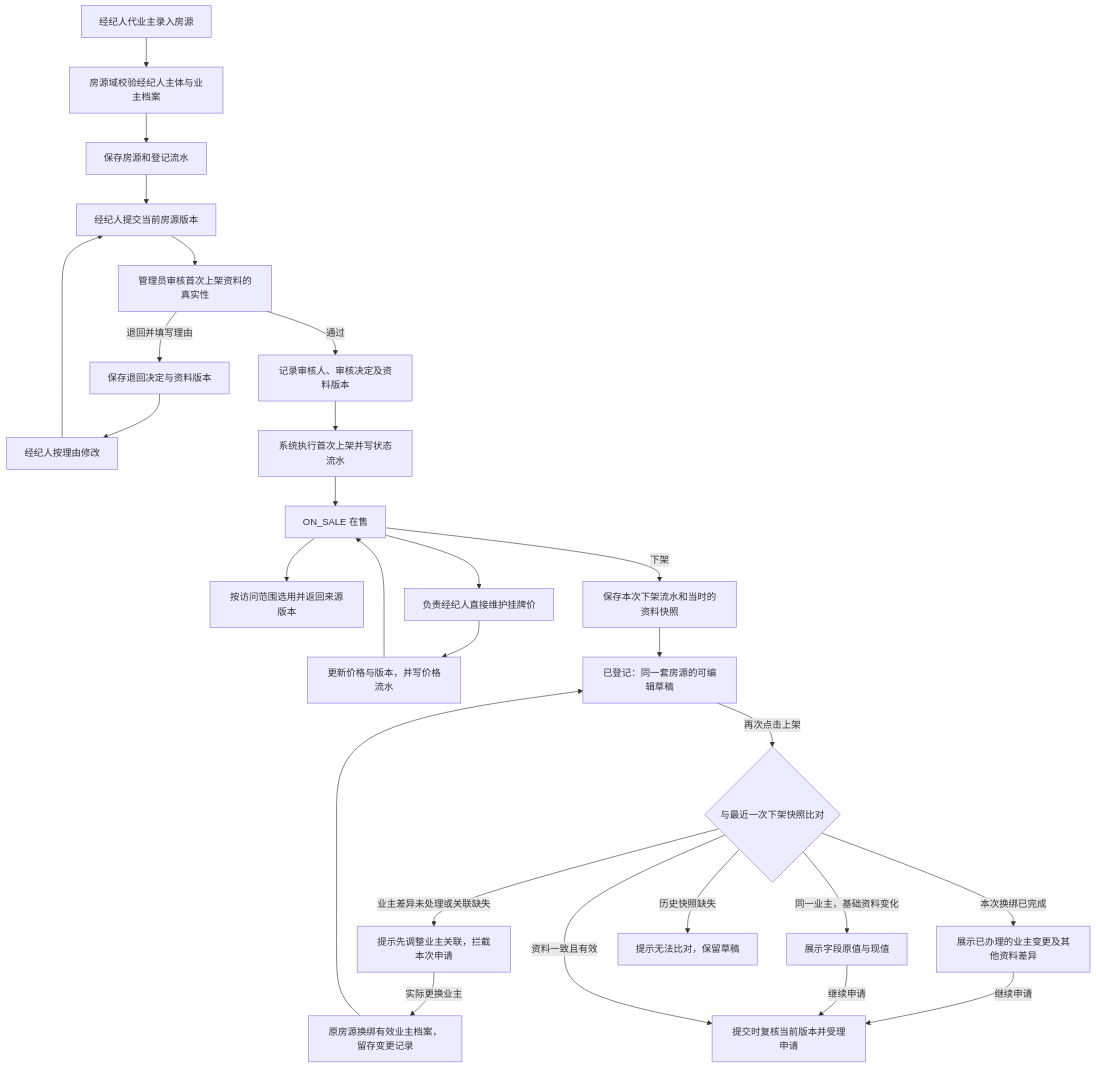
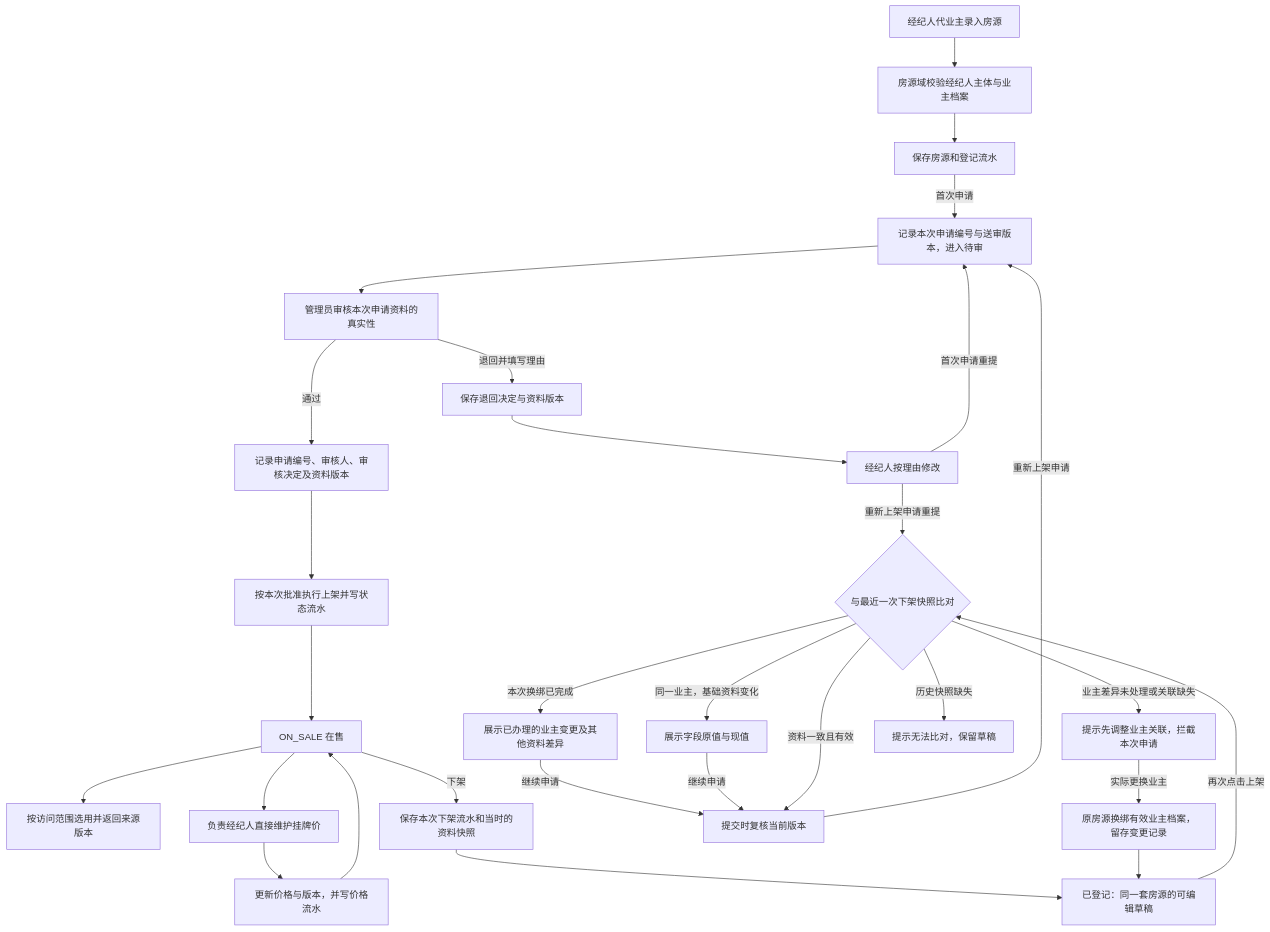
The second of 4 diagrams in openspec/changes/align-listing-marketing-workflows/dataflow.md (crj-tik/BkAnentProject), drawn with Mermaid before and after one commit. The commit also changed other lines of this file and 6 other files, not shown here.

````diff
--- a/openspec/changes/align-listing-marketing-workflows/dataflow.md
+++ b/openspec/changes/align-listing-marketing-workflows/dataflow.md
@@ -32,29 +32,31 @@
 ```mermaid
 flowchart TD
     Create[经纪人代业主录入房源] --> Owner[房源域校验经纪人主体与业主档案]
     Owner --> Save[保存房源和登记流水]
-    Save --> Submit[经纪人提交当前房源版本]
-    Submit --> Review[管理员审核首次上架资料的真实性]
+    Save -->|首次申请| Submit[记录本次申请编号与送审版本，进入待审]
+    Submit --> Review[管理员审核本次申请资料的真实性]
     Review -->|退回并填写理由| Return[保存退回决定与资料版本]
     Return --> Edit[经纪人按理由修改]
-    Edit --> Submit
-    Review -->|通过| Approve[记录审核人、审核决定及资料版本]
-    Approve --> MarkLive[系统执行首次上架并写状态流水]
+    Edit -->|首次申请重提| Submit
+    Edit -->|重新上架申请重提| Compare
+    Review -->|通过| Approve[记录申请编号、审核人、审核决定及资料版本]
+    Approve --> MarkLive[按本次批准执行上架并写状态流水]
     MarkLive --> Active[ON_SALE 在售]
     Active --> Select[按访问范围选用并返回来源版本]
     Active --> Adjust[负责经纪人直接维护挂牌价]
     Adjust --> Commit[更新价格与版本，并写价格流水]
     Commit --> Active
     Active -->|下架| Delist[保存本次下架流水和当时的资料快照]
     Delist --> Registered[已登记：同一套房源的可编辑草稿]
     Registered -->|再次点击上架| Compare{与最近一次下架快照比对}
     Compare -->|业主差异未处理或关联缺失| FixOwner[提示先调整业主关联，拦截本次申请]
     FixOwner -->|实际更换业主| Rebind[原房源换绑有效业主档案，留存变更记录]
     Rebind --> Registered
     Compare -->|本次换绑已完成| OwnerChanged[展示已办理的业主变更及其他资料差异]
     OwnerChanged -->|继续申请| Apply
     Compare -->|同一业主，基础资料变化| Changes[展示字段原值与现值]
-    Changes -->|继续申请| Apply[提交时复核当前版本并受理申请]
+    Changes -->|继续申请| Apply[提交时复核当前版本]
     Compare -->|资料一致且有效| Apply
+    Apply -->|重新上架申请| Submit
     Compare -->|历史快照缺失| Missing[提示无法比对，保留草稿]
 ```
````
